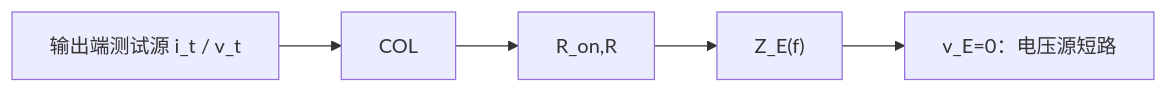
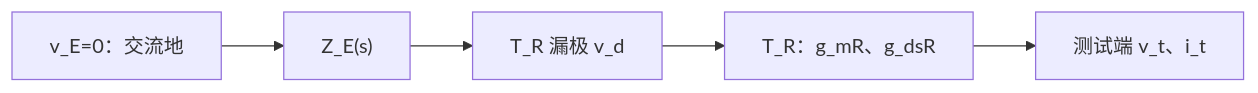
Before and after one commit to myliu0217-lab/mynotes: the sixth of 6 diagrams in TFT/TFT1.md, drawn with Mermaid. The commit also changed other lines of this file, not shown here.

````diff
--- a/TFT/TFT1.md
+++ b/TFT/TFT1.md
@@ -594,7 +722,7 @@
 ```mermaid
 flowchart LR
-    IT["输出端测试源 i_t / v_t"] --> VO["COL"]
-    VO --> TR["R_on,R"]
-    TR --> ZE["Z_E(f)"]
-    ZE --> G["v_E=0：电压源短路"]
+    G["v_E=0：交流地"] --> ZE["Z_E(s)"]
+    ZE --> D["T_R 漏极 v_d"]
+    D --> TR["T_R：g_mR、g_dsR"]
+    TR --> VO["测试端 v_t、i_t"]
 ```
````
